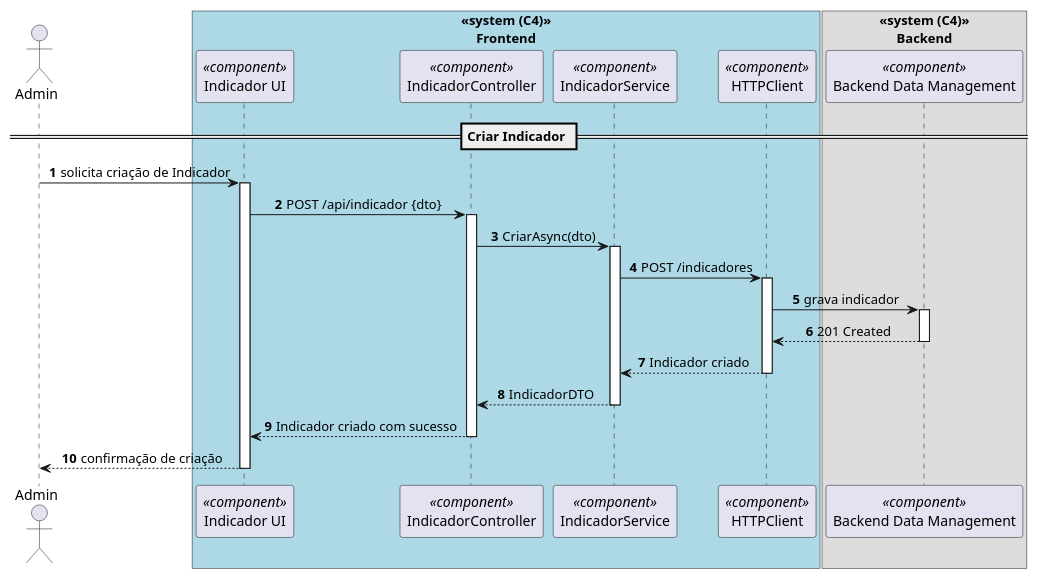
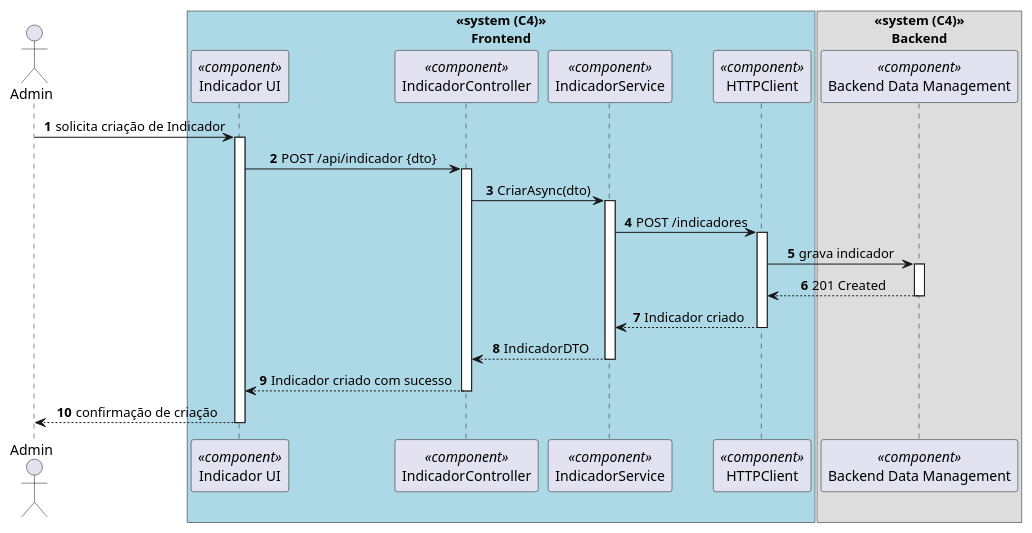
One commit to pedrolopes1710/PESTI_LLM changed the diagram in docs/1221252/POST.puml. Above: the diagram before and after it, drawn with PlantUML. The commit also changed 3 other files, not shown here.

Commit message:
Divisão do diagrama total em 4, (DELETE/PUT)

```diff
--- a/docs/1221252/POST.puml
+++ b/docs/1221252/POST.puml
@@ -1,38 +1,37 @@
 @startuml CriarIndicador
 autonumber
 skinparam DefaultTextAlignment center
 actor Admin as "Admin"
 
 box "<<system (C4)>>\nFrontend" #LightBlue
     participant UI as "Indicador UI" <<component>>
     participant Controller as "IndicadorController" <<component>>
     participant Service as "IndicadorService" <<component>>
     participant HTTP as "HTTPClient" <<component>>
 end box
 
 box "<<system (C4)>>\nBackend"
     participant DB as "Backend Data Management" <<component>>
 end box
 
-== Criar Indicador ==
 Admin -> UI : solicita criação de Indicador
 activate UI
 UI -> Controller : POST /api/indicador {dto}
 activate Controller
 Controller -> Service : CriarAsync(dto)
 activate Service
 Service -> HTTP : POST /indicadores
 activate HTTP
 HTTP -> DB : grava indicador
 activate DB
 DB --> HTTP : 201 Created
 deactivate DB
 HTTP --> Service : Indicador criado
 deactivate HTTP
 Service --> Controller : IndicadorDTO
 deactivate Service
 Controller --> UI : Indicador criado com sucesso
 deactivate Controller
 UI --> Admin : confirmação de criação
 deactivate UI
 @enduml
```
